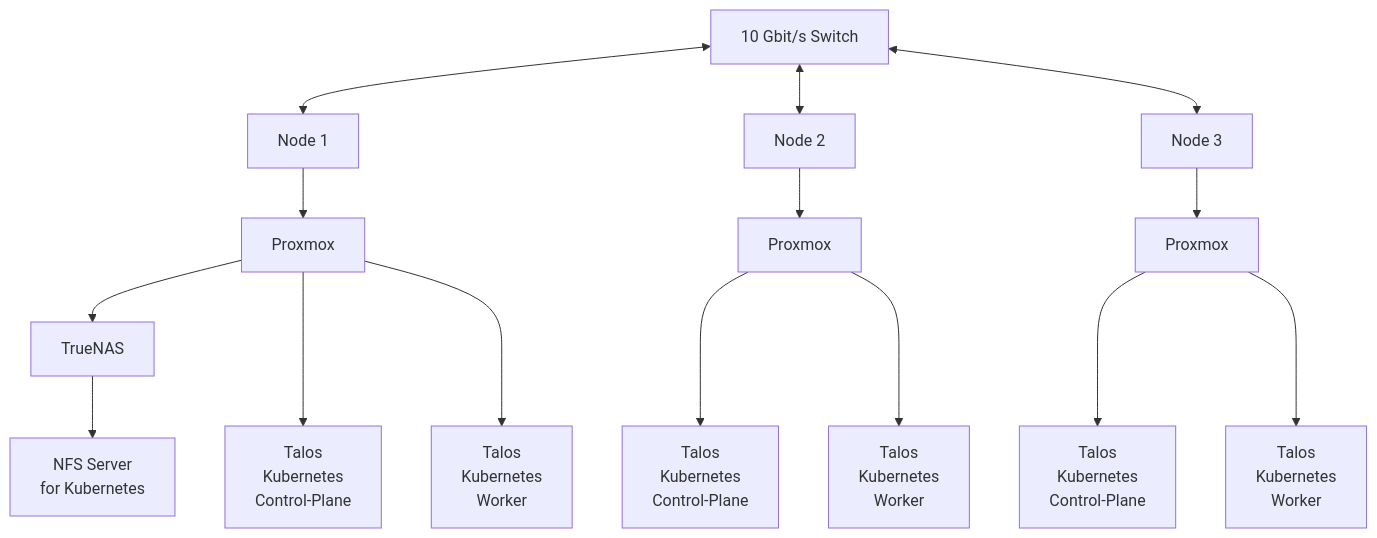
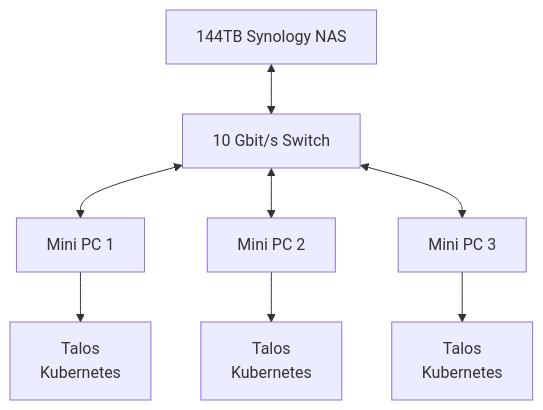
Before and after one commit to Skaronator/homelab: the diagram in README.md, drawn with Mermaid. The commit also changed other lines of this file, not shown here.

````diff
--- a/README.md
+++ b/README.md
@@ -32,25 +34,15 @@
 ```mermaid
 flowchart TD
-    1[Node 1]
-    2[Node 2]
-    3[Node 3]
+    nas[144TB Synology NAS]
+    1[Mini PC 1]
+    2[Mini PC 2]
+    3[Mini PC 3]
 
     sw[10 Gbit/s Switch]
 
-    sw <--> 1 & 2 & 3
+    nas <--> sw <--> 1 & 2 & 3
 
-    1 --> p1[Proxmox]
-    2 --> p2[Proxmox]
-    3 --> p3[Proxmox]
-
-    p1 --> nas[TrueNAS]
-    nas --> nfs[NFS Server\nfor Kubernetes]
-
-    p1 ---> cp1[Talos\nKubernetes\nControl-Plane]
-    p2 ---> cp2[Talos\nKubernetes\nControl-Plane]
-    p3 ---> cp3[Talos\nKubernetes\nControl-Plane]
-
-    p1 ---> w1[Talos\nKubernetes\nWorker]
-    p2 ---> w2[Talos\nKubernetes\nWorker]
-    p3 ---> w3[Talos\nKubernetes\nWorker]
+    1 --> t1[Talos\nKubernetes]
+    2 --> t2[Talos\nKubernetes]
+    3 --> t3[Talos\nKubernetes]
 ```
````
